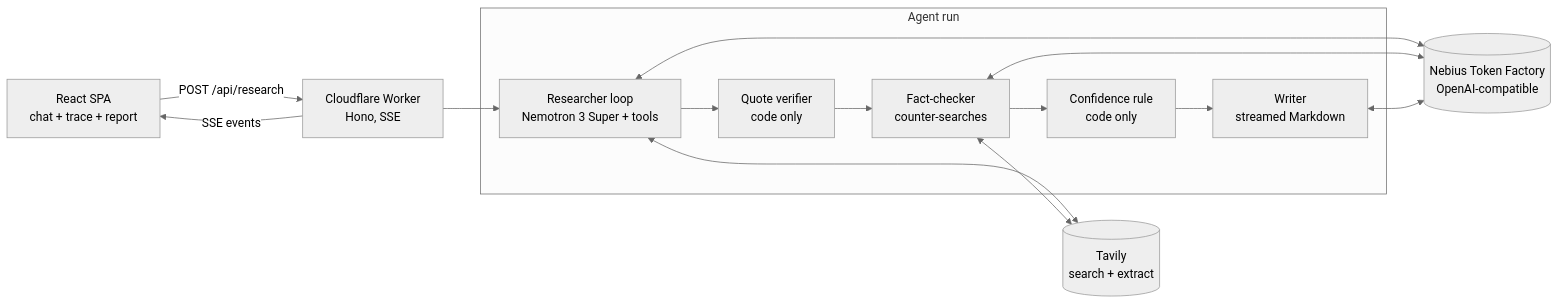
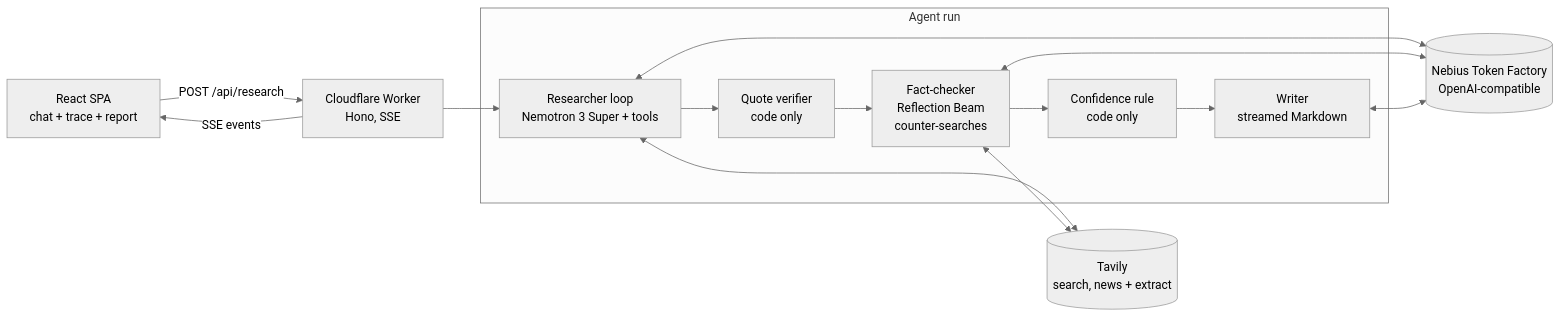
The diagram in README.md (Levanidd/Citation-Needed), drawn with Mermaid (neutral theme) before and after one commit. The commit also changed other lines of this file and 20 other files, not shown here.

Commit message:
Cross-lab fact-checker (Reflection Beam), adverse media news scan, live token and cost meter

````diff
--- a/README.md
+++ b/README.md
@@ -28,15 +30,15 @@
 ```mermaid
 flowchart LR
   UI[React SPA<br/>chat + trace + report] -- POST /api/research --> W[Cloudflare Worker<br/>Hono, SSE]
   W -- SSE events --> UI
   subgraph Agent run
     R[Researcher loop<br/>Nemotron 3 Super + tools] --> V[Quote verifier<br/>code only]
-    V --> F[Fact-checker<br/>counter-searches]
+    V --> F[Fact-checker<br/>Reflection Beam<br/>counter-searches]
     F --> C[Confidence rule<br/>code only]
     C --> WR[Writer<br/>streamed Markdown]
   end
   W --> R
-  R <--> T[(Tavily<br/>search + extract)]
+  R <--> T[(Tavily<br/>search, news + extract)]
   F <--> T
   R & F & WR <--> N[(Nebius Token Factory<br/>OpenAI-compatible)]
 ```
````
